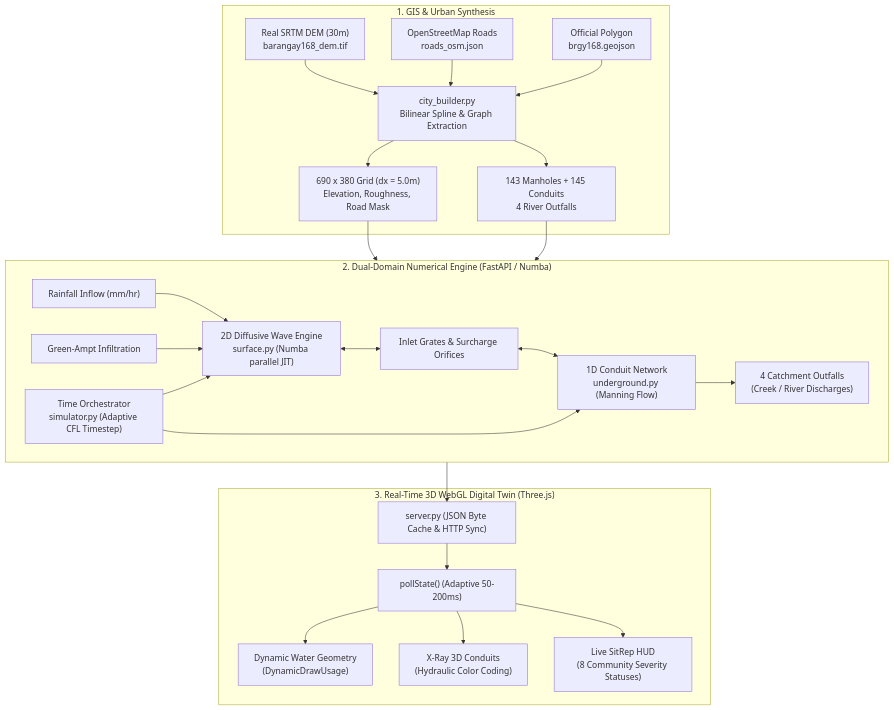
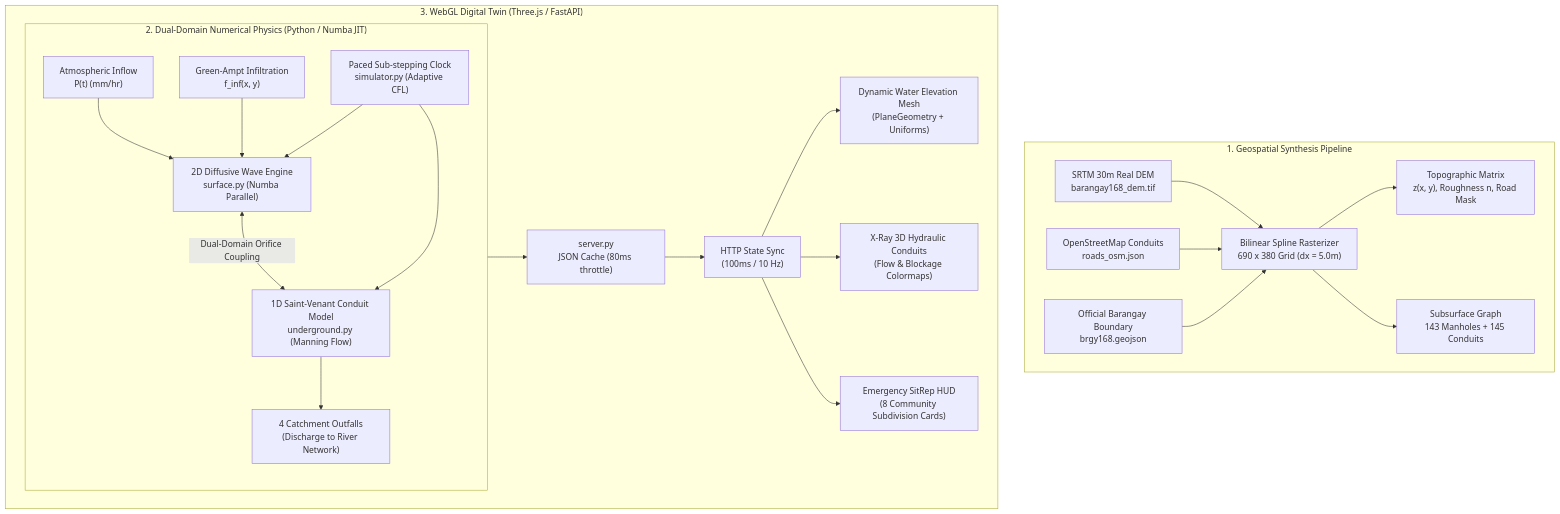
The diagram in README.md (Lray143/Flood-Control), drawn with Mermaid before and after one commit. The commit also changed other lines of this file, not shown here.

````diff
--- a/README.md
+++ b/README.md
@@ -30,31 +37,28 @@
 ```mermaid
 flowchart TD
-    subgraph Data["1. GIS & Urban Synthesis"]
-        DEM["Real SRTM DEM (30m)\nbarangay168_dem.tif"] --> Synth["city_builder.py\nBilinear Spline & Graph Extraction"]
-        OSM["OpenStreetMap Roads\nroads_osm.json"] --> Synth
-        GEO["Official Polygon\nbrgy168.geojson"] --> Synth
-        Synth --> Grid["690 x 380 Grid (dx = 5.0m)\nElevation, Roughness, Road Mask"]
-        Synth --> Network["143 Manholes + 145 Conduits\n4 River Outfalls"]
+    subgraph GIS["1. Geospatial Synthesis Pipeline"]
+        DEM["SRTM 30m Real DEM\nbarangay168_dem.tif"] --> Spline["Bilinear Spline Rasterizer\n690 x 380 Grid (dx = 5.0m)"]
+        OSM["OpenStreetMap Conduits\nroads_osm.json"] --> Spline
+        Poly["Official Barangay Boundary\nbrgy168.geojson"] --> Spline
+        Spline --> SurfaceMesh["Topographic Matrix\nz(x, y), Roughness n, Road Mask"]
+        Spline --> ConduitGraph["Subsurface Graph\n143 Manholes + 145 Conduits"]
     end
 
-    subgraph Backend["2. Dual-Domain Numerical Engine (FastAPI / Numba)"]
-        Rain["Rainfall Inflow (mm/hr)"] --> SurfaceEngine
-        Infil["Green-Ampt Infiltration"] --> SurfaceEngine
-        SurfaceEngine["2D Diffusive Wave Engine\nsurface.py (Numba parallel JIT)"] <--> Coupling["Inlet Grates & Surcharge Orifices"]
-        Coupling <--> PipeEngine["1D Conduit Network\nunderground.py (Manning Flow)"]
-        PipeEngine --> Outfalls["4 Catchment Outfalls\n(Creek / River Discharges)"]
-        Simulator["Time Orchestrator\nsimulator.py (Adaptive CFL Timestep)"] --> SurfaceEngine
-        Simulator --> PipeEngine
+    subgraph Engine["2. Dual-Domain Numerical Physics (Python / Numba JIT)"]
+        Precip["Atmospheric Inflow\nP(t) (mm/hr)"] --> SurfaceEngine
+        Infil["Green-Ampt Infiltration\nf_inf(x, y)"] --> SurfaceEngine
+        SurfaceEngine["2D Diffusive Wave Engine\nsurface.py (Numba Parallel)"] <-->|Dual-Domain Orifice Coupling| PipeEngine
+        PipeEngine["1D Saint-Venant Conduit Model\nunderground.py (Manning Flow)"]
+        PipeEngine --> Outfalls["4 Catchment Outfalls\n(Discharge to River Network)"]
+        Clock["Paced Sub-stepping Clock\nsimulator.py (Adaptive CFL)"] --> SurfaceEngine
+        Clock --> PipeEngine
     end
 
-    subgraph Frontend["3. Real-Time 3D WebGL Digital Twin (Three.js)"]
-        Server["server.py (JSON Byte Cache & HTTP Sync)"] --> Poll["pollState() (Adaptive 50-200ms)"]
-        Poll --> WaterMesh["Dynamic Water Geometry\n(DynamicDrawUsage)"]
-        Poll --> PipeVisuals["X-Ray 3D Conduits\n(Hydraulic Color Coding)"]
-        Poll --> SitRep["Live SitRep HUD\n(8 Community Severity Statuses)"]
+    subgraph Client["3. WebGL Digital Twin (Three.js / FastAPI)"]
+        Engine --> Server["server.py\nJSON Cache (80ms throttle)"]
+        Server --> Poll["HTTP State Sync\n(100ms / 10 Hz)"]
+        Poll --> ThreeWater["Dynamic Water Elevation Mesh\n(PlaneGeometry + Uniforms)"]
+        Poll --> ThreePipes["X-Ray 3D Hydraulic Conduits\n(Flow & Blockage Colormaps)"]
+        Poll --> SitRepHUD["Emergency SitRep HUD\n(8 Community Subdivision Cards)"]
     end
-
-    Grid --> Backend
-    Network --> Backend
-    Backend --> Server
 ```
````
